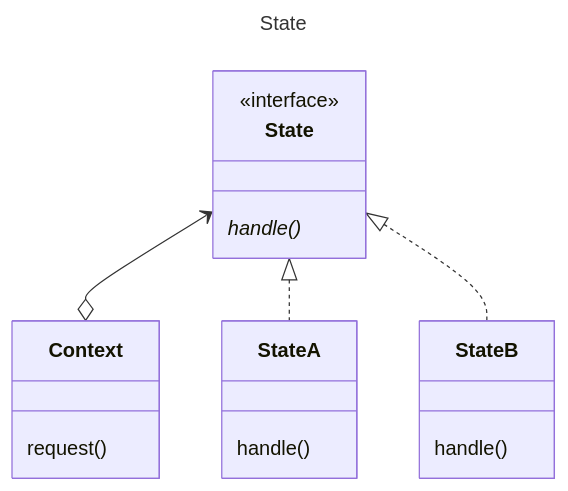
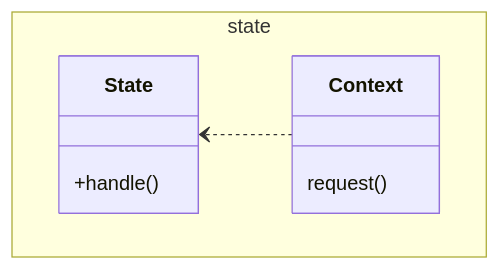
One commit to mtrigueira/JGoF changed the diagram in src/main/java/org/example/gof/behaviour/state/State.md. Above: the diagram before and after it, drawn with Mermaid. The commit also changed other lines of this file, not shown here.

Commit message:
Edit State.md add related patterns.

````diff
--- a/src/main/java/org/example/gof/behaviour/state/State.md
+++ b/src/main/java/org/example/gof/behaviour/state/State.md
@@ -1,23 +3,13 @@
 ```mermaid
----
-title: State
----
 classDiagram
-    class Context {
-        request()
+    namespace state {
+        class Context {
+            request()
+        }
+        class State {
+            +handle()
+        }
     }
-    class State {
-        <<interface>>
-        handle()*
-    }
-    class StateA {
-        handle()
-    }
-    class StateB {
-        handle()
-    }
-    
-    State <--o Context 
-    State <|.. StateA
-    State <|.. StateB
+    State <.. Context
+
 ```
````
